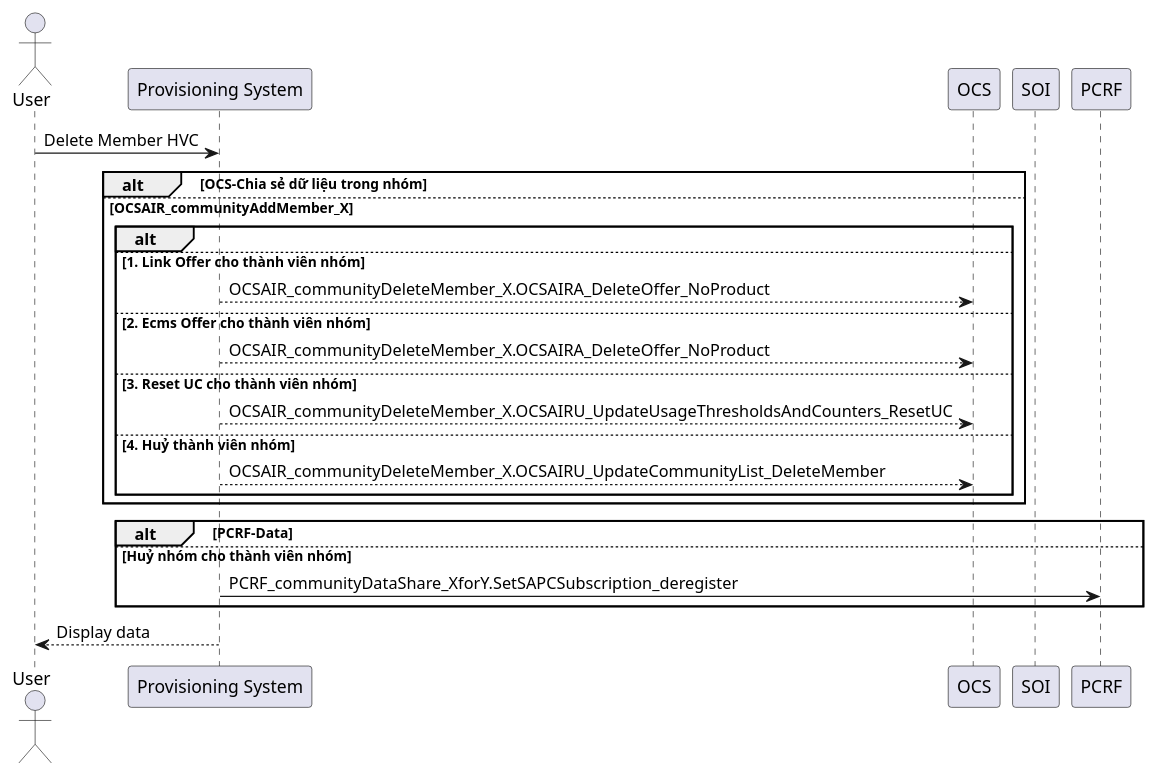
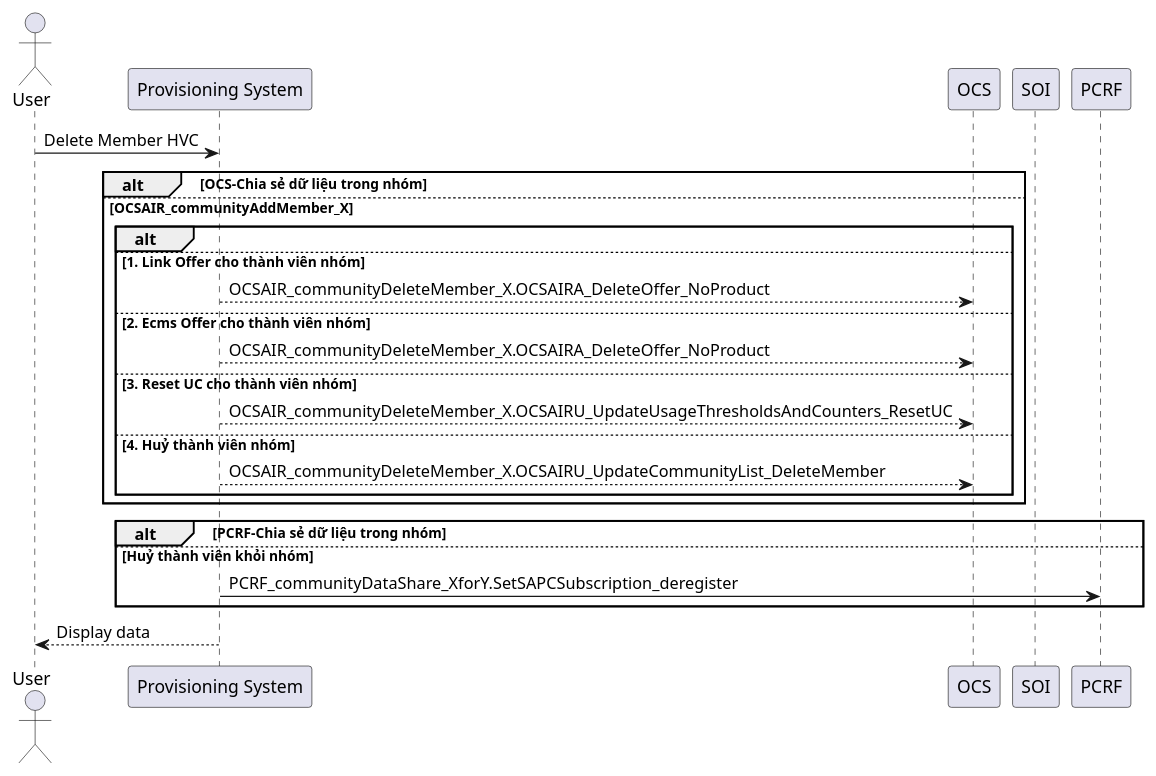
The diagram in Spec/vip199_deletemember.puml (thuannc/repo), drawn with PlantUML before and after one commit.

```diff
--- a/Spec/vip199_deletemember.puml
+++ b/Spec/vip199_deletemember.puml
@@ -1,29 +1,29 @@
 @startuml
 actor User
 participant "Provisioning System" as pro
 participant "OCS" as ocs
 participant "SOI" as soi
 participant "PCRF" as pcrf
 
 User -> pro: Delete Member HVC
 
 alt OCS-Chia sẻ dữ liệu trong nhóm
 else OCSAIR_communityAddMember_X
     alt
         else 1. Link Offer cho thành viên nhóm
             pro -->ocs: OCSAIR_communityDeleteMember_X.OCSAIRA_DeleteOffer_NoProduct
         else 2. Ecms Offer cho thành viên nhóm
                 pro -->ocs: OCSAIR_communityDeleteMember_X.OCSAIRA_DeleteOffer_NoProduct
         else 3. Reset UC cho thành viên nhóm
             pro -->ocs: OCSAIR_communityDeleteMember_X.OCSAIRU_UpdateUsageThresholdsAndCounters_ResetUC
         else 4. Huỷ thành viên nhóm
                 pro -->ocs: OCSAIR_communityDeleteMember_X.OCSAIRU_UpdateCommunityList_DeleteMember
     end
 end
 
-alt PCRF-Data
-else Huỷ nhóm cho thành viên nhóm
+alt PCRF-Chia sẻ dữ liệu trong nhóm
+else Huỷ thành viên khỏi nhóm
     pro -> pcrf: PCRF_communityDataShare_XforY.SetSAPCSubscription_deregister
 end
 pro --> User: Display data
 @enduml
```
